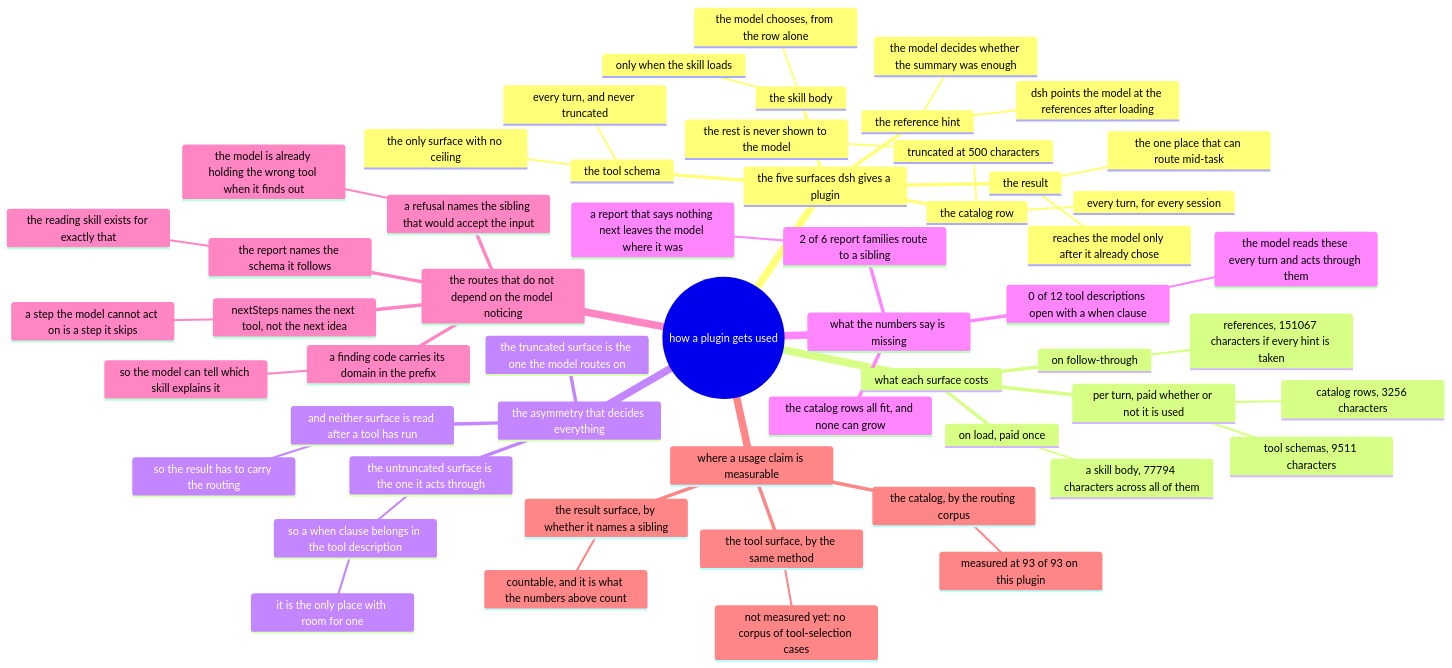
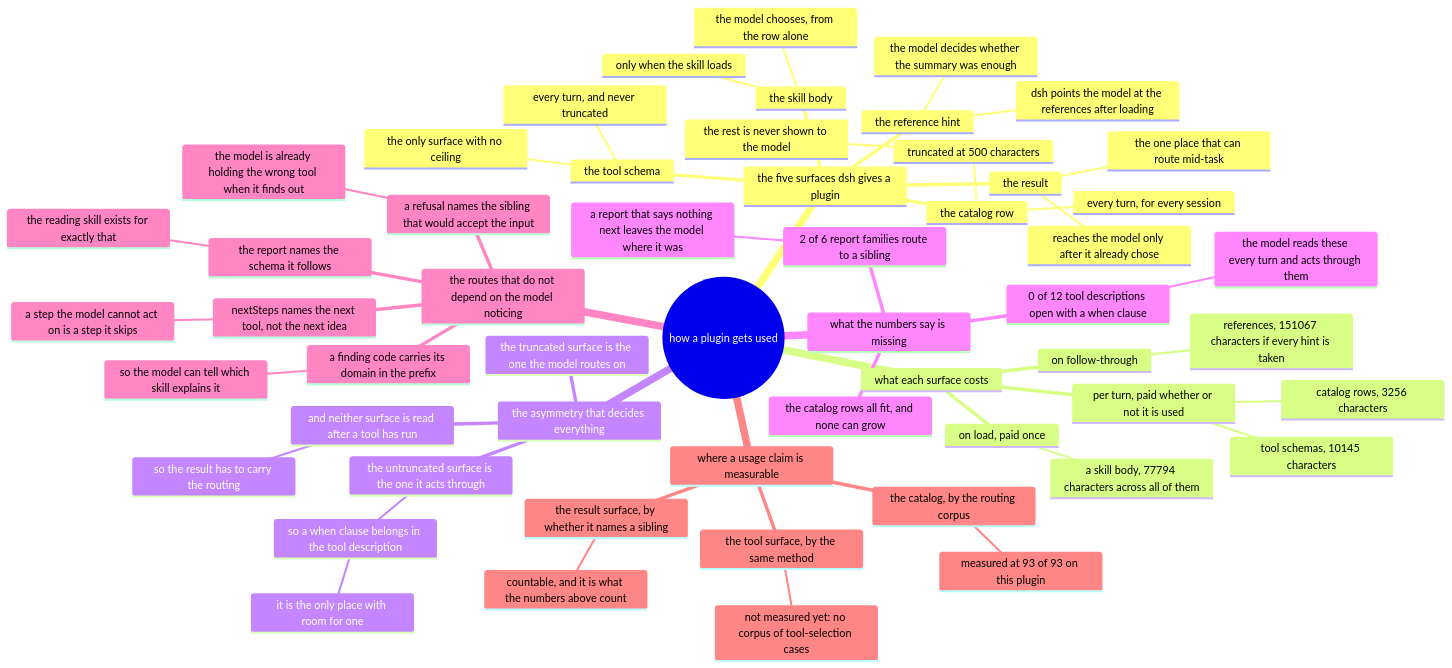
The diagram in docs/usage/mindmap.mmd (AmethystLuna/dsh-model-everything), drawn with Mermaid before and after one commit. The commit also changed 17 other files, not shown here.

```diff
--- a/docs/usage/mindmap.mmd
+++ b/docs/usage/mindmap.mmd
@@ -1,56 +1,56 @@
 mindmap
 root((how a plugin gets used))
   the five surfaces dsh gives a plugin
     the catalog row
       every turn, for every session
       truncated at 500 characters
         the rest is never shown to the model
     the skill body
       only when the skill loads
       the model chooses, from the row alone
     the reference hint
       dsh points the model at the references after loading
       the model decides whether the summary was enough
     the tool schema
       every turn, and never truncated
       the only surface with no ceiling
     the result
       reaches the model only after it already chose
       the one place that can route mid-task
   what each surface costs
     per turn, paid whether or not it is used
       catalog rows, 3256 characters
-      tool schemas, 9511 characters
+      tool schemas, 10145 characters
     on load, paid once
       a skill body, 77794 characters across all of them
     on follow-through
       references, 151067 characters if every hint is taken
   the asymmetry that decides everything
     the truncated surface is the one the model routes on
     the untruncated surface is the one it acts through
       so a when clause belongs in the tool description
         it is the only place with room for one
     and neither surface is read after a tool has run
       so the result has to carry the routing
   what the numbers say is missing
     0 of 12 tool descriptions open with a when clause
       the model reads these every turn and acts through them
     2 of 6 report families route to a sibling
       a report that says nothing next leaves the model where it was
     the catalog rows all fit, and none can grow
   the routes that do not depend on the model noticing
     a refusal names the sibling that would accept the input
       the model is already holding the wrong tool when it finds out
     nextSteps names the next tool, not the next idea
       a step the model cannot act on is a step it skips
     a finding code carries its domain in the prefix
       so the model can tell which skill explains it
     the report names the schema it follows
       the reading skill exists for exactly that
   where a usage claim is measurable
     the catalog, by the routing corpus
       measured at 93 of 93 on this plugin
     the tool surface, by the same method
       not measured yet: no corpus of tool-selection cases
     the result surface, by whether it names a sibling
       countable, and it is what the numbers above count
```
